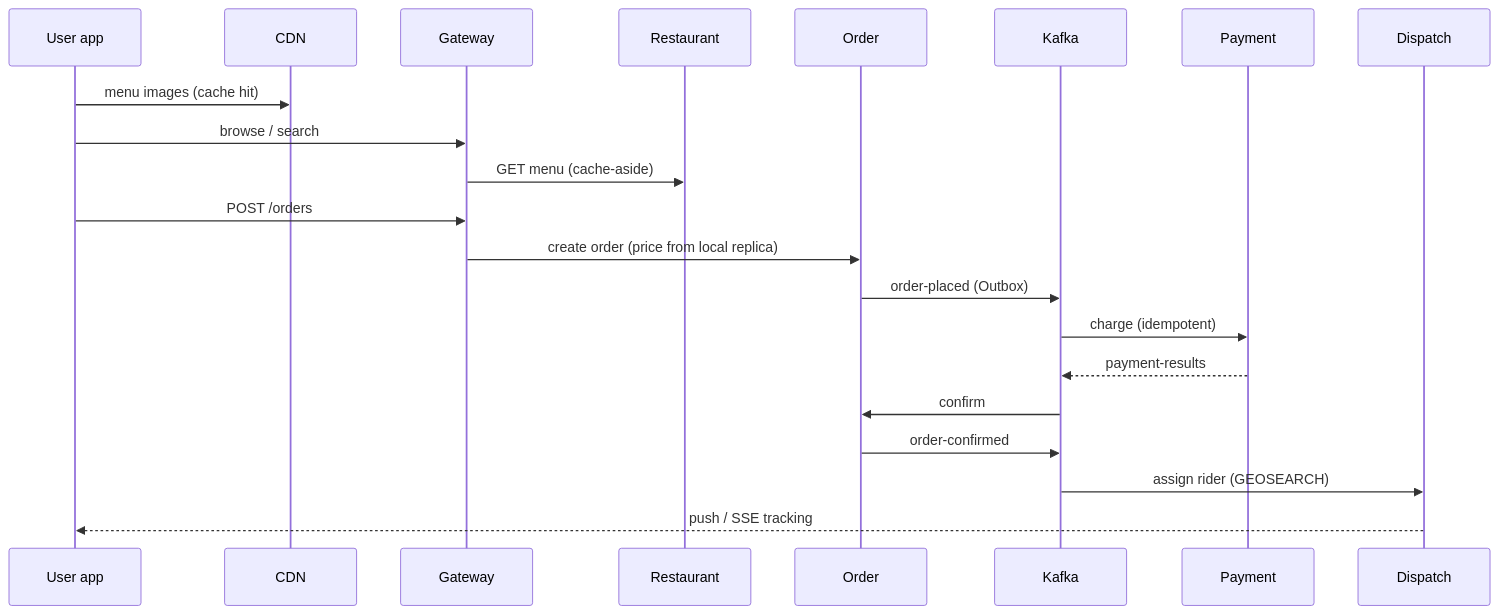
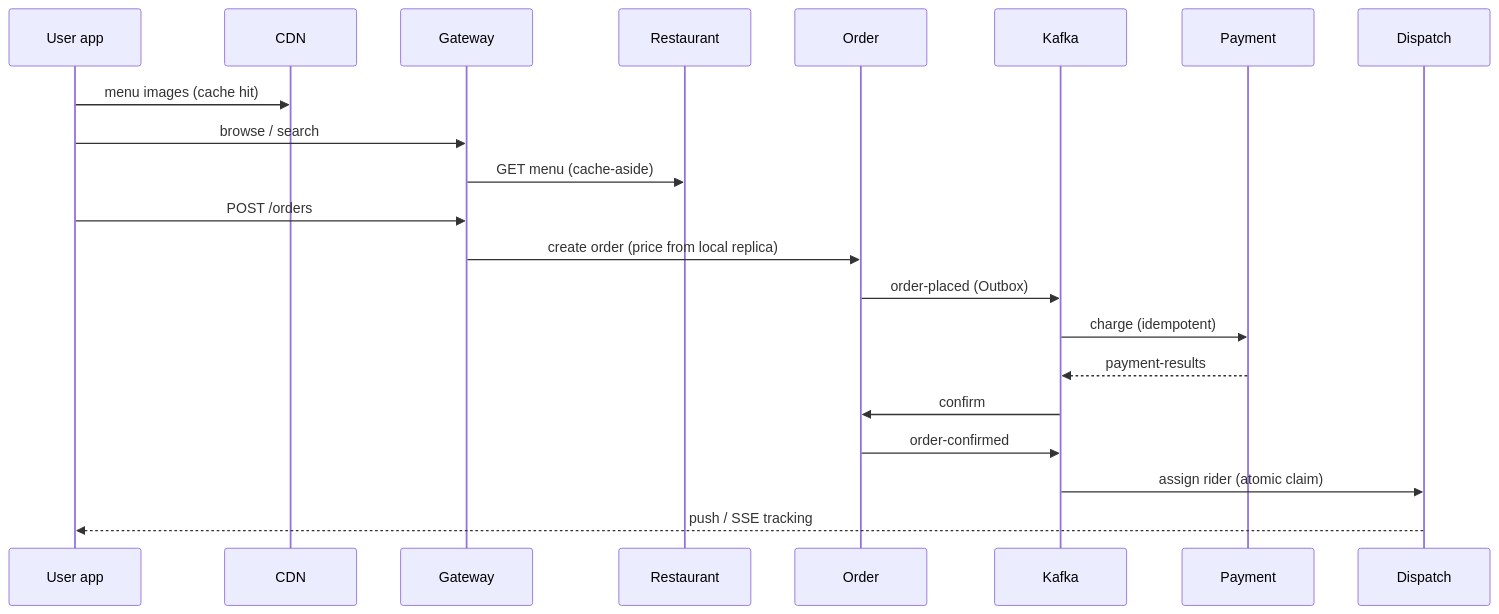
One commit to desiarchitect/tadka-cohort changed the second of 3 diagrams in docs/diagrams/day-15-swiggy-hld-blueprint.md. Above: the diagram before and after it, drawn with Mermaid. The commit also changed other lines of this file and 2 other files, not shown here.

````diff
--- a/docs/diagrams/day-15-swiggy-hld-blueprint.md
+++ b/docs/diagrams/day-15-swiggy-hld-blueprint.md
@@ -81,23 +81,23 @@
 ```mermaid
 sequenceDiagram
     participant U as User app
     participant CDN as CDN
     participant GW as Gateway
     participant R as Restaurant
     participant O as Order
     participant K as Kafka
     participant P as Payment
     participant D as Dispatch
     U->>CDN: menu images (cache hit)
     U->>GW: browse / search
     GW->>R: GET menu (cache-aside)
     U->>GW: POST /orders
     GW->>O: create order (price from local replica)
     O->>K: order-placed (Outbox)
     K->>P: charge (idempotent)
     P-->>K: payment-results
     K->>O: confirm
     O->>K: order-confirmed
-    K->>D: assign rider (GEOSEARCH)
+    K->>D: assign rider (atomic claim)
     D-->>U: push / SSE tracking
 ```
````
